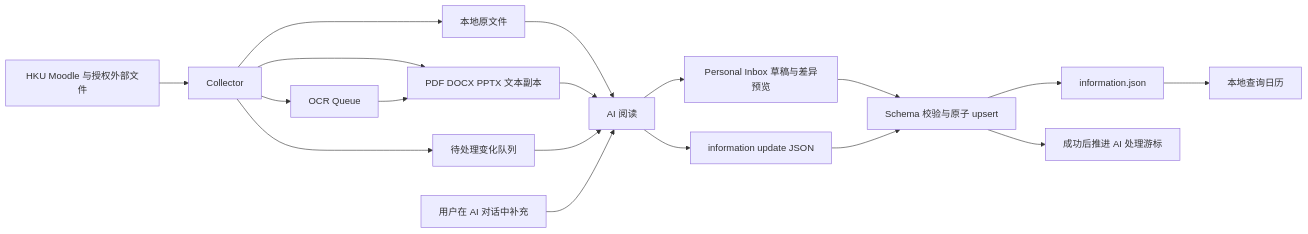
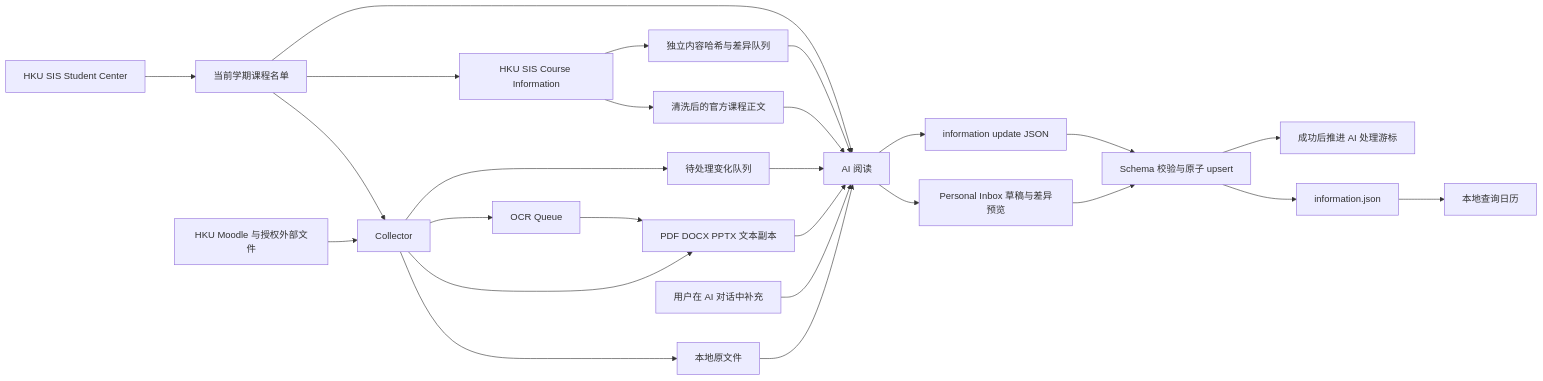
Before and after one commit to Jerry6921/HSAS: the first of 2 diagrams in ARCHITECTURE.md, drawn with Mermaid. The commit also changed other lines of this file and 38 other files, not shown here.

Commit message:
Add unified asynchronous HKU course sync

````diff
--- a/ARCHITECTURE.md
+++ b/ARCHITECTURE.md
@@ -8,20 +8,28 @@
 ```mermaid
 flowchart LR
+    StudentCenter[HKU SIS Student Center] --> Roster[当前学期课程名单]
+    Roster --> Collector
+    Roster --> SIS[HKU SIS Course Information]
     Moodle[HKU Moodle 与授权外部文件] --> Collector[Collector]
     Collector --> Files[本地原文件]
     Collector --> Text[PDF DOCX PPTX 文本副本]
     Collector --> OCR[OCR Queue]
     OCR --> Text
     Collector --> Queue[待处理变化队列]
+    SIS --> SisText[清洗后的官方课程正文]
+    SIS --> SisQueue[独立内容哈希与差异队列]
     Files --> AI[AI 阅读]
     Text --> AI
     Queue --> AI
+    SisText --> AI
+    SisQueue --> AI
+    Roster --> AI
     User[用户在 AI 对话中补充] --> AI
     AI --> Inbox[Personal Inbox 草稿与差异预览]
     Inbox --> Validator
     AI --> Update[information update JSON]
     Update --> Validator[Schema 校验与原子 upsert]
     Validator --> Store[information.json]
     Validator --> Checkpoint[成功后推进 AI 处理游标]
     Store --> Calendar[本地查询日历]
 ```
````
